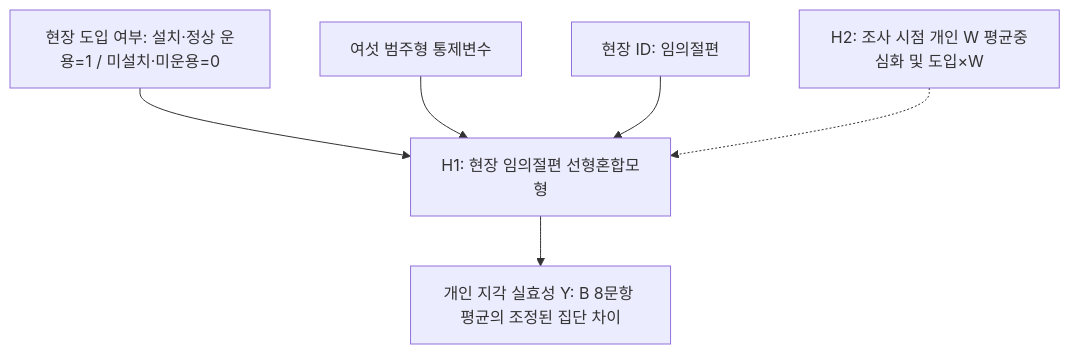
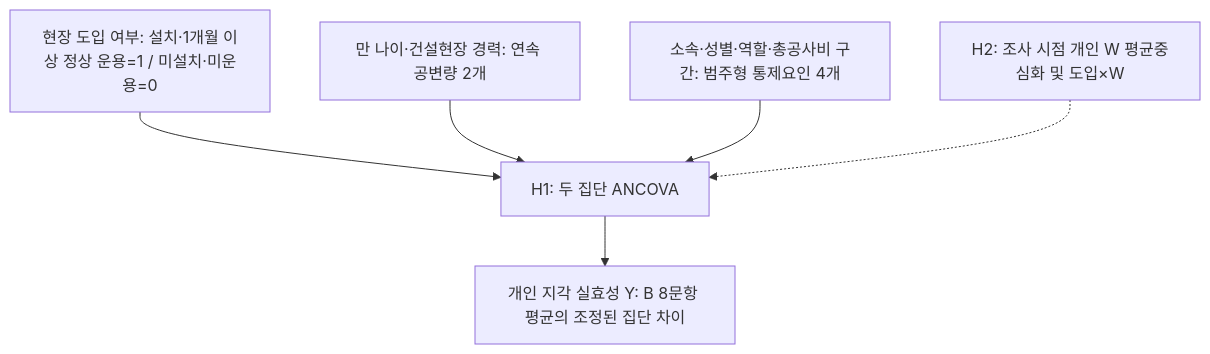
One commit to yoonhyuk12/ggthesis changed the diagram in 01.docs/04_연구설계.md. Above: the diagram before and after it, drawn with Mermaid. The commit also changed other lines of this file and 105 other files, not shown here.

````diff
--- a/01.docs/04_연구설계.md
+++ b/01.docs/04_연구설계.md
@@ -31,8 +33,8 @@
 ```mermaid
 flowchart TB
-  D["현장 도입 여부: 설치·정상 운용=1 / 미설치·미운용=0"] --> M["H1: 현장 임의절편 선형혼합모형"]
-  C["여섯 범주형 통제변수"] --> M
-  J["현장 ID: 임의절편"] --> M
+  D["현장 도입 여부: 설치·1개월 이상 정상 운용=1 / 미설치·미운용=0"] --> M["H1: 두 집단 ANCOVA"]
+  C["만 나이·건설현장 경력: 연속 공변량 2개"] --> M
+  Z["소속·성별·역할·총공사비 구간: 범주형 통제요인 4개"] --> M
   M --> Y["개인 지각 실효성 Y: B 8문항 평균의 조정된 집단 차이"]
   W["H2: 조사 시점 개인 W 평균중심화 및 도입×W"] -.-> M
 ```
````
